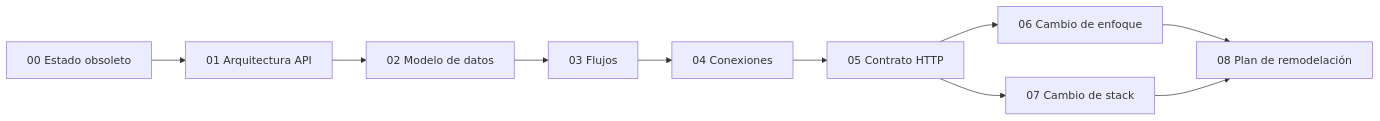
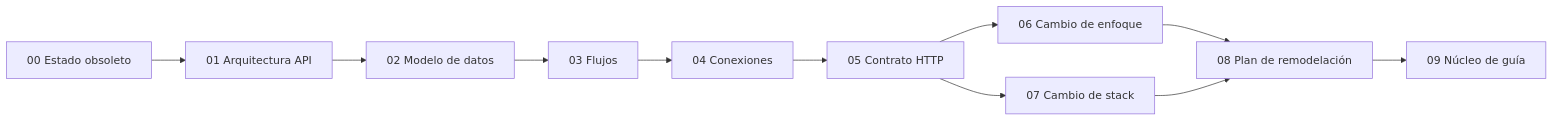
One commit to julianmeoficial/minimalecommerceapi changed the diagram in docs/README.md. Above: the diagram before and after it, drawn with Mermaid. The commit also changed other lines of this file and 187 other files, not shown here.

First line of the commit message:
Eliminar código muerto e inacabado; dejar el núcleo comercial como guía (#3)

````diff
--- a/docs/README.md
+++ b/docs/README.md
@@ -5,22 +5,24 @@
 ```mermaid
 flowchart LR
   Obs["00 Estado obsoleto"]
   Arch["01 Arquitectura API"]
   Data["02 Modelo de datos"]
   Flow["03 Flujos"]
   Conn["04 Conexiones"]
   Api["05 Contrato HTTP"]
   Enf["06 Cambio de enfoque"]
   Stk["07 Cambio de stack"]
   Plan["08 Plan de remodelación"]
+  Nucleo["09 Núcleo de guía"]
 
   Obs --> Arch
   Arch --> Data
   Data --> Flow
   Flow --> Conn
   Conn --> Api
   Api --> Enf
   Api --> Stk
   Enf --> Plan
   Stk --> Plan
+  Plan --> Nucleo
 ```
````
